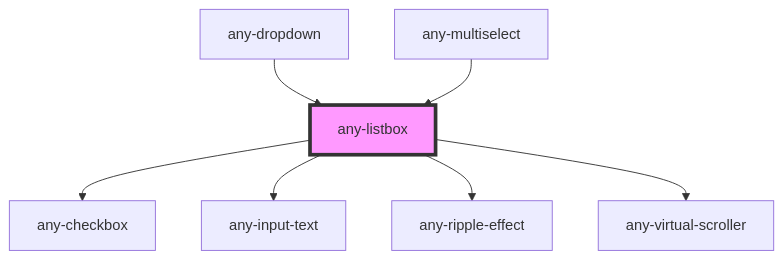
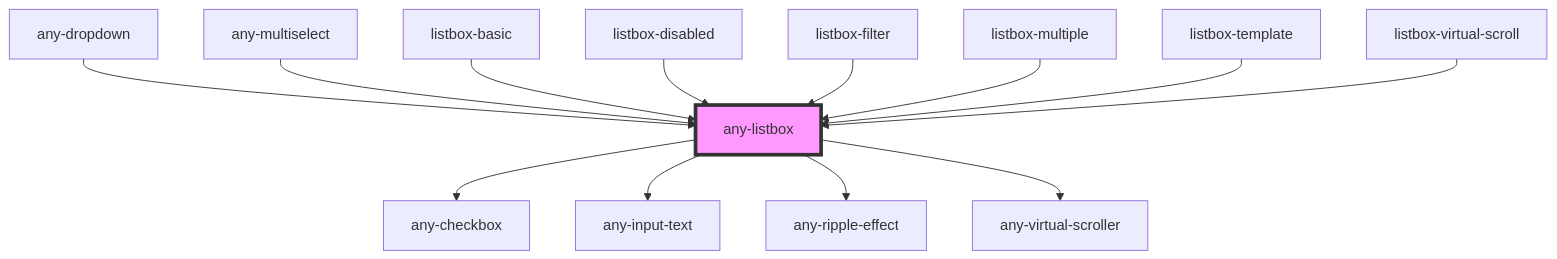
One commit to adaleks/anywhere-ui changed the diagram in packages/core/src/components/listbox/readme.md. Above: the diagram before and after it, drawn with Mermaid. The commit also changed other lines of this file and 68 other files, not shown here.

````diff
--- a/packages/core/src/components/listbox/readme.md
+++ b/packages/core/src/components/listbox/readme.md
@@ -85,10 +133,16 @@
 ```mermaid
 graph TD;
   any-listbox --> any-checkbox
   any-listbox --> any-input-text
   any-listbox --> any-ripple-effect
   any-listbox --> any-virtual-scroller
   any-dropdown --> any-listbox
   any-multiselect --> any-listbox
+  listbox-basic --> any-listbox
+  listbox-disabled --> any-listbox
+  listbox-filter --> any-listbox
+  listbox-multiple --> any-listbox
+  listbox-template --> any-listbox
+  listbox-virtual-scroll --> any-listbox
   style any-listbox fill:#f9f,stroke:#333,stroke-width:4px
 ```
````
